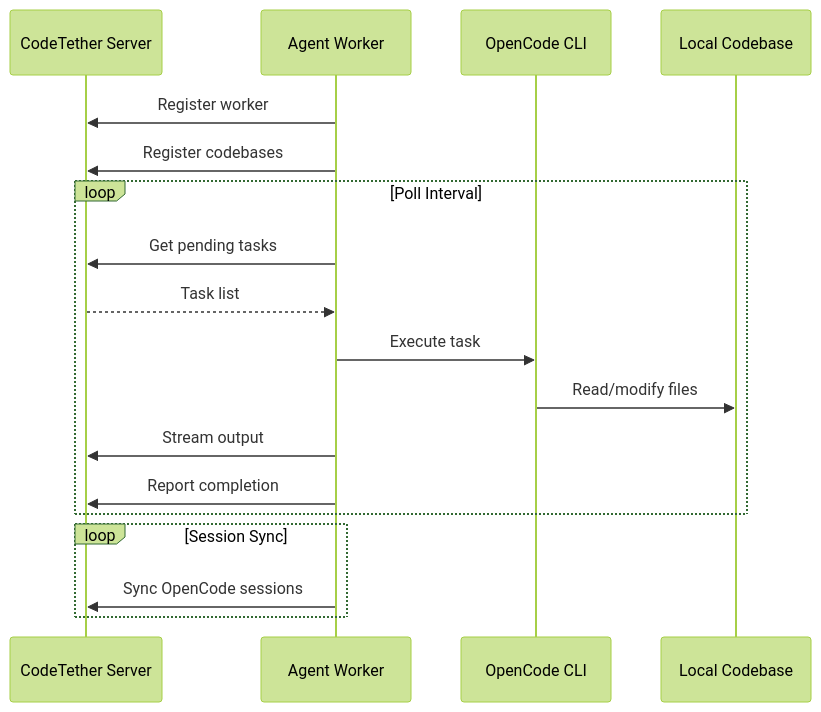
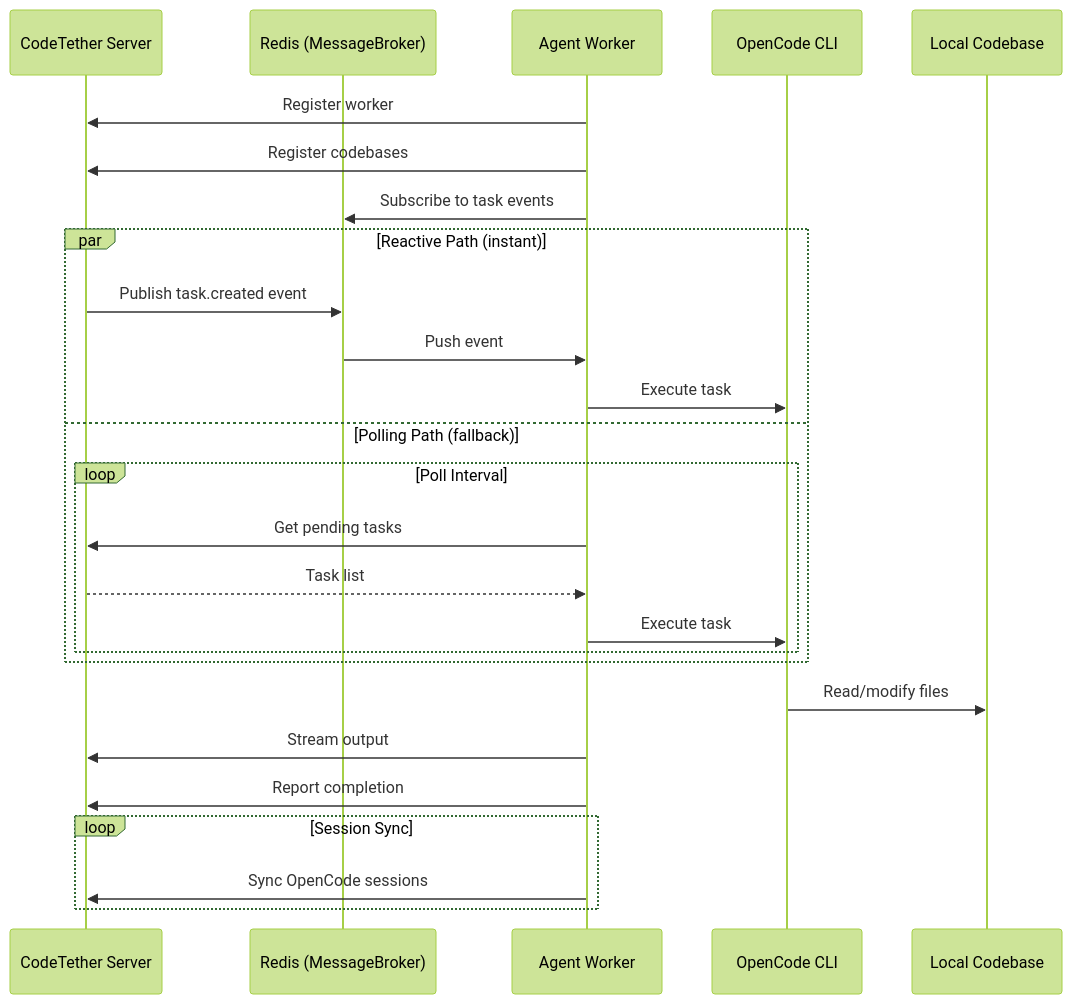
Before and after one commit to rileyseaburg/codetether: the first of 2 diagrams in codetether-docs/features/agent-worker.md, drawn with Mermaid (forest theme). The commit also changed other lines of this file and 25 other files, not shown here.

````diff
--- a/codetether-docs/features/agent-worker.md
+++ b/codetether-docs/features/agent-worker.md
@@ -24,23 +28,32 @@
 ```mermaid
 sequenceDiagram
     participant Server as CodeTether Server
+    participant Redis as Redis (MessageBroker)
     participant Worker as Agent Worker
     participant OpenCode as OpenCode CLI
     participant Codebase as Local Codebase
 
     Worker->>Server: Register worker
     Worker->>Server: Register codebases
+    Worker->>Redis: Subscribe to task events
 
-    loop Poll Interval
-        Worker->>Server: Get pending tasks
-        Server-->>Worker: Task list
+    par Reactive Path (instant)
+        Server->>Redis: Publish task.created event
+        Redis->>Worker: Push event
         Worker->>OpenCode: Execute task
-        OpenCode->>Codebase: Read/modify files
-        Worker->>Server: Stream output
-        Worker->>Server: Report completion
+    and Polling Path (fallback)
+        loop Poll Interval
+            Worker->>Server: Get pending tasks
+            Server-->>Worker: Task list
+            Worker->>OpenCode: Execute task
+        end
     end
+
+    OpenCode->>Codebase: Read/modify files
+    Worker->>Server: Stream output
+    Worker->>Server: Report completion
 
     loop Session Sync
         Worker->>Server: Sync OpenCode sessions
     end
 ```
````
